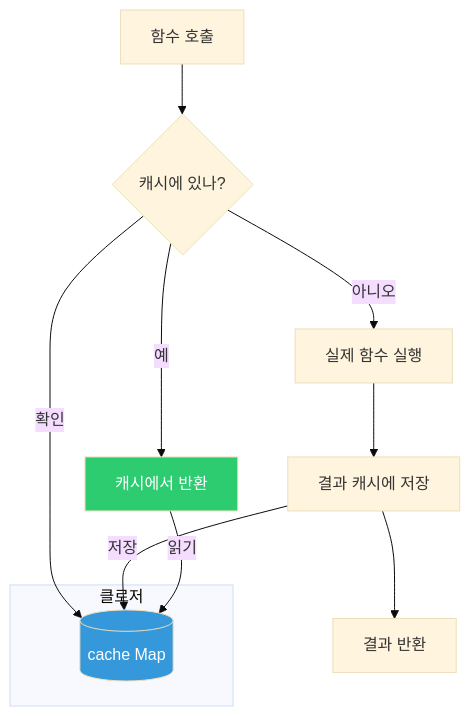
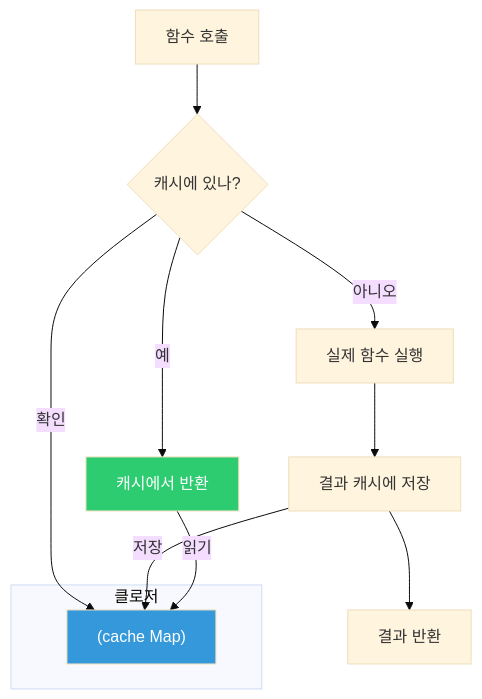
The sixth of 11 diagrams in _posts/frontend/2026-05-02-js-closure.md (yjkim2015/yjkim2015.github.io), drawn with Mermaid (base theme) before and after one commit. The commit also changed other lines of this file and 87 other files, not shown here.

First line of the commit message:
Massive quality pass: rewrite 49 old posts, fix Mermaid, card layouts

````diff
--- a/_posts/frontend/2026-05-02-js-closure.md
+++ b/_posts/frontend/2026-05-02-js-closure.md
@@ -392,19 +392,19 @@
 ```mermaid
 flowchart TD
-    A[함수 호출] --> B{캐시에 있나?}
-    B -->|예| C[캐시에서 반환]
-    B -->|아니오| D[실제 함수 실행]
-    D --> E[결과 캐시에 저장]
-    E --> F[결과 반환]
+    A["함수 호출"] --> B{"캐시에 있나?"}
+    B -->|"예"| C["캐시에서 반환"]
+    B -->|"아니오"| D["실제 함수 실행"]
+    D --> E["결과 캐시에 저장"]
+    E --> F["결과 반환"]
 
     subgraph "클로저"
-        CACHE[(cache Map)]
+        CACHE["(cache Map)"]
     end
 
-    B -->|확인| CACHE
-    E -->|저장| CACHE
-    C -->|읽기| CACHE
+    B -->|"확인"| CACHE
+    E -->|"저장"| CACHE
+    C -->|"읽기"| CACHE
 
     style CACHE fill:#3498db,color:#fff
     style C fill:#2ecc71,color:#fff
 ```
````
